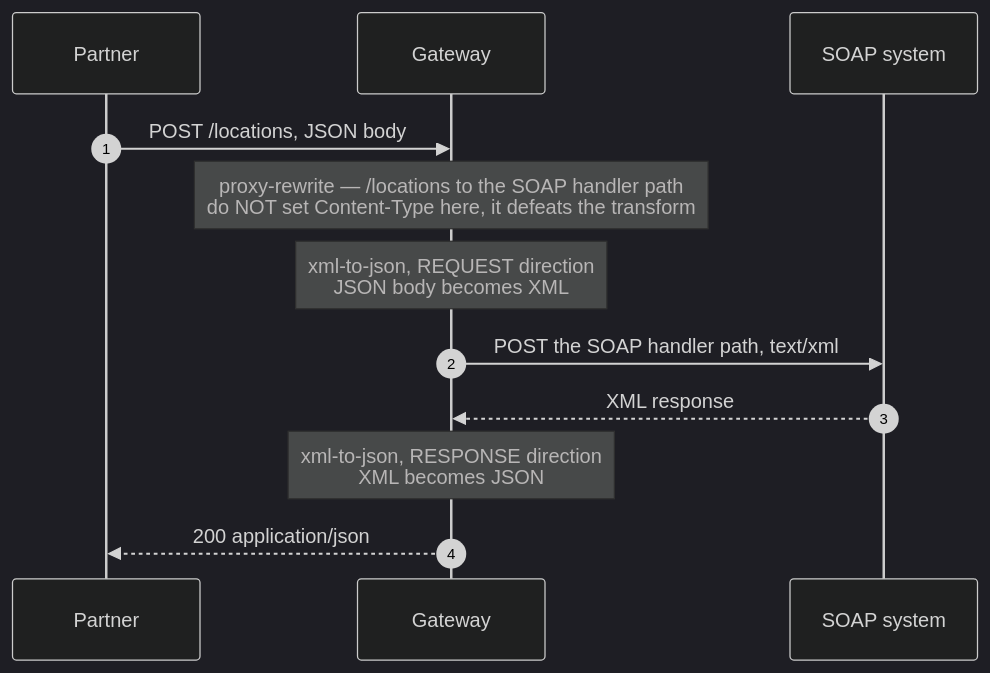
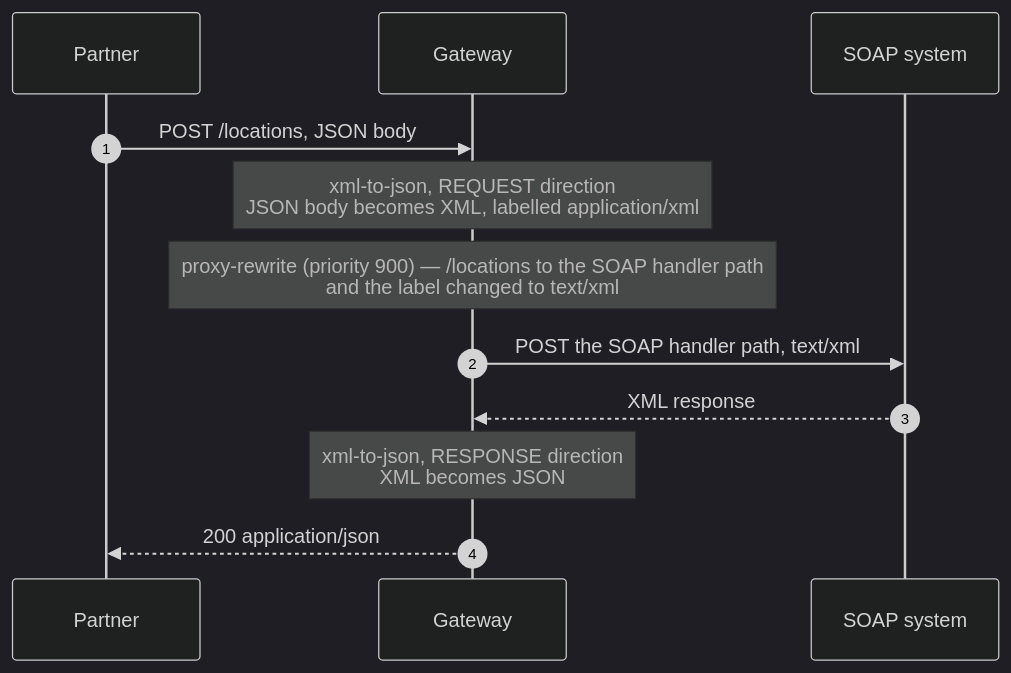
One commit to digitalapicraft/api-gateway-solutions changed the diagram in solutions/03-soap-to-rest/architecture.md. Above: the diagram before and after it, drawn with Mermaid (dark theme). The commit also changed other lines of this file and 9 other files, not shown here.

First line of the commit message:
03: set the SOAP content type after the conversion, and send the envelope as JSON

````diff
--- a/solutions/03-soap-to-rest/architecture.md
+++ b/solutions/03-soap-to-rest/architecture.md
@@ -26,15 +26,15 @@
 ```mermaid
 sequenceDiagram
     autonumber
     participant P as Partner
     participant GW as Gateway
     participant S as SOAP system
 
     P->>GW: POST /locations, JSON body
-    Note over GW: proxy-rewrite — /locations to the SOAP handler path<br/>do NOT set Content-Type here, it defeats the transform
-    Note over GW: xml-to-json, REQUEST direction<br/>JSON body becomes XML
+    Note over GW: xml-to-json, REQUEST direction<br/>JSON body becomes XML, labelled application/xml
+    Note over GW: proxy-rewrite (priority 900) — /locations to the SOAP handler path<br/>and the label changed to text/xml
     GW->>S: POST the SOAP handler path, text/xml
     S-->>GW: XML response
     Note over GW: xml-to-json, RESPONSE direction<br/>XML becomes JSON
     GW-->>P: 200 application/json
 ```
````
